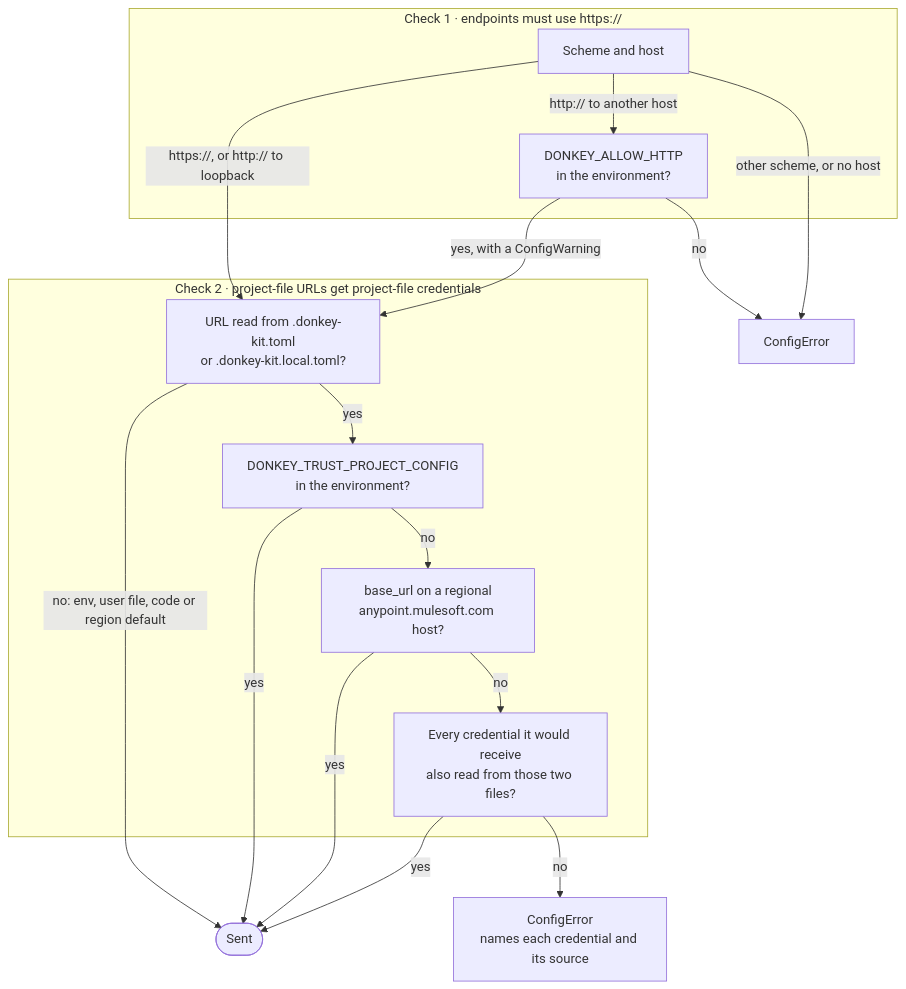
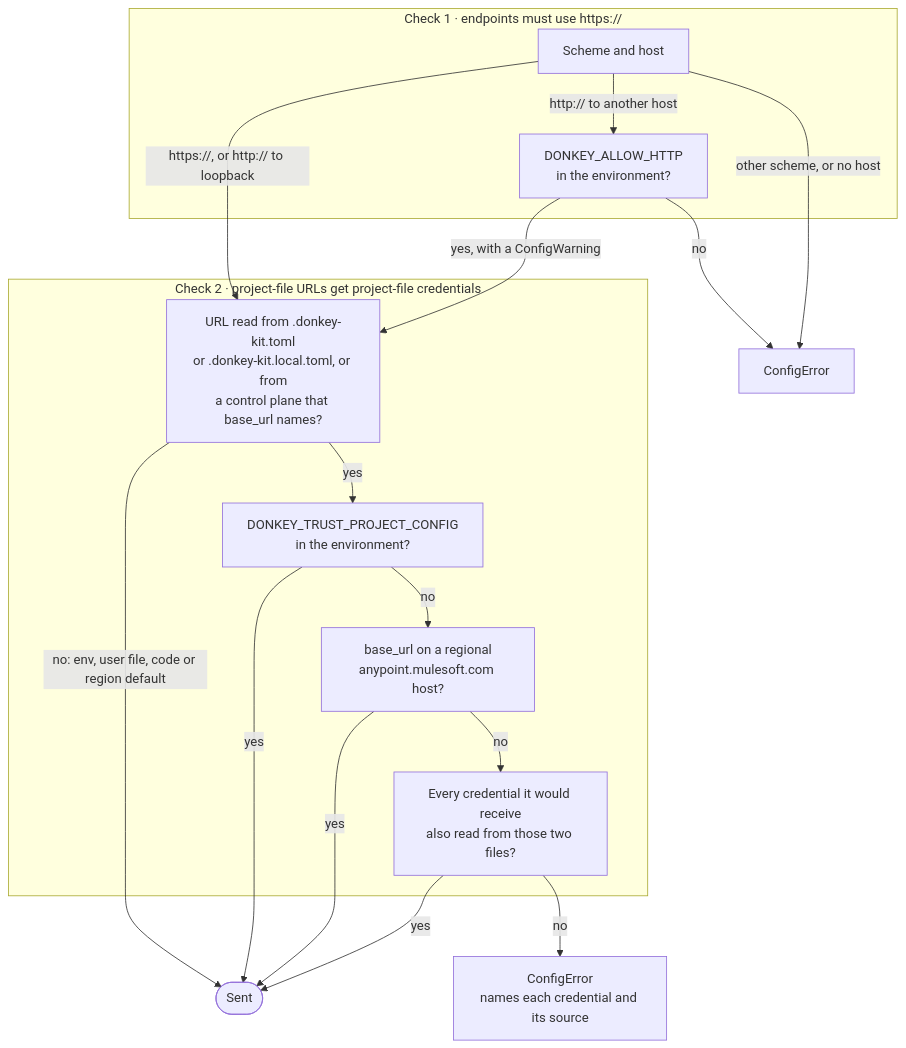
One commit to Donkey-Development-Kit/donkey-development-kit changed the diagram in website/content/reference/configuration.mdx. Above: the diagram before and after it, drawn with Mermaid. The commit also changed other lines of this file and 18 other files, not shown here.

````diff
--- a/website/content/reference/configuration.mdx
+++ b/website/content/reference/configuration.mdx
@@ -765,26 +771,26 @@
 ```mermaid
 flowchart TD
     subgraph C1["Check 1 · endpoints must use https://"]
         H["Scheme and host"]
         AH["DONKEY_ALLOW_HTTP<br/>in the environment?"]
     end
     subgraph C2["Check 2 · project-file URLs get project-file credentials"]
-        P["URL read from .donkey-kit.toml<br/>or .donkey-kit.local.toml?"]
+        P["URL read from .donkey-kit.toml<br/>or .donkey-kit.local.toml, or from<br/>a control plane that base_url names?"]
         T["DONKEY_TRUST_PROJECT_CONFIG<br/>in the environment?"]
         R["base_url on a regional<br/>anypoint.mulesoft.com host?"]
         C["Every credential it would receive<br/>also read from those two files?"]
     end
     H -->|"https://, or http:// to loopback"| P
     H -->|"http:// to another host"| AH
     H -->|"other scheme, or no host"| E1["ConfigError"]
     AH -->|"yes, with a ConfigWarning"| P
     AH -->|no| E1
     P -->|"no: env, user file, code or region default"| OK(["Sent"])
     P -->|yes| T
     T -->|yes| OK
     T -->|no| R
     R -->|yes| OK
     R -->|no| C
     C -->|yes| OK
     C -->|no| E2["ConfigError<br/>names each credential and its source"]
 ```
````
